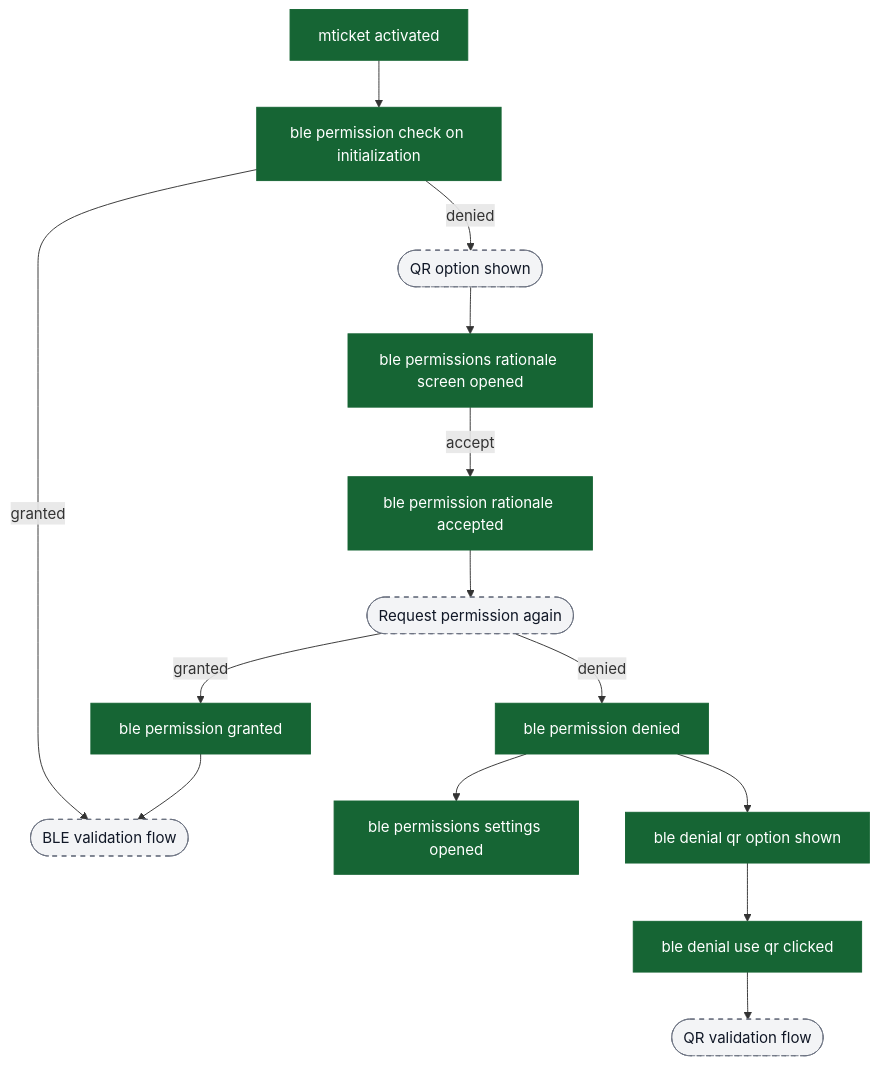
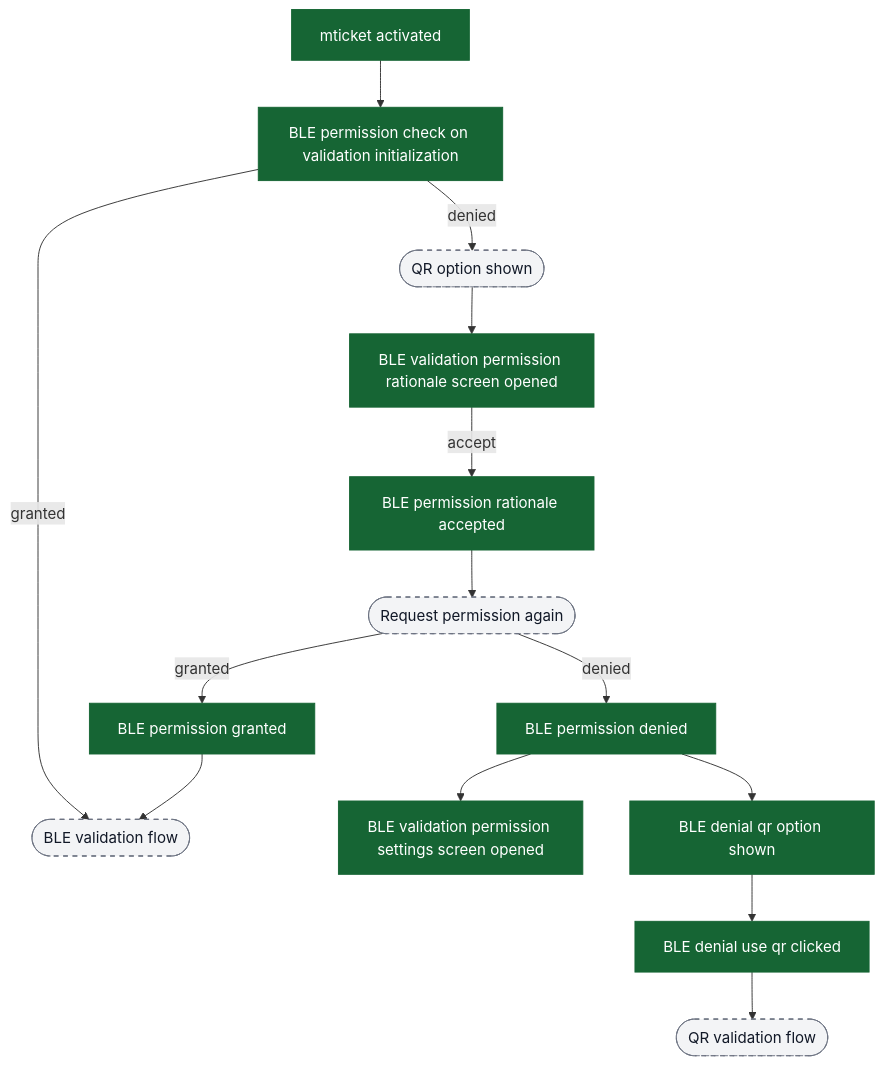
Before and after one commit to ratulsarna/chalo-app-dashboard: the eighth of 16 diagrams in content/analytics/mticket/flow-diagrams.md, drawn with Mermaid. The commit also changed other lines of this file and 2 other files, not shown here.

Commit message:
fix(analytics): update lastAudited dates and standardize event names in mTicket flow

````diff
--- a/content/analytics/mticket/flow-diagrams.md
+++ b/content/analytics/mticket/flow-diagrams.md
@@ -195,27 +195,27 @@
 ```mermaid
 flowchart TD
-  ev_activated["mticket activated"] --> ev_blePermCheck["ble permission check on initialization"]
+  ev_activated["mticket activated"] --> ev_blePermCheck["BLE permission check on validation initialization"]
 
   ev_blePermCheck -->|granted| ui_bleFlow([BLE validation flow])
   ev_blePermCheck -->|denied| ui_qrOption([QR option shown])
 
-  ui_qrOption --> ev_bleRationaleOpen["ble permissions rationale screen opened"]
-  ev_bleRationaleOpen -->|accept| ev_bleRationaleAccepted["ble permission rationale accepted"]
+  ui_qrOption --> ev_bleRationaleOpen["BLE validation permission rationale screen opened"]
+  ev_bleRationaleOpen -->|accept| ev_bleRationaleAccepted["BLE permission rationale accepted"]
   ev_bleRationaleAccepted --> ui_requestPerm([Request permission again])
-  ui_requestPerm -->|granted| ev_bleGranted["ble permission granted"]
-  ui_requestPerm -->|denied| ev_bleDenied["ble permission denied"]
+  ui_requestPerm -->|granted| ev_bleGranted["BLE permission granted"]
+  ui_requestPerm -->|denied| ev_bleDenied["BLE permission denied"]
 
-  ev_bleDenied --> ev_bleSettingsOpen["ble permissions settings opened"]
+  ev_bleDenied --> ev_bleSettingsOpen["BLE validation permission settings screen opened"]
 
   ev_bleGranted --> ui_bleFlow
-  ev_bleDenied --> ev_bleDenialQrShown["ble denial qr option shown"]
-  ev_bleDenialQrShown --> ev_bleDenialUseQrClicked["ble denial use qr clicked"]
+  ev_bleDenied --> ev_bleDenialQrShown["BLE denial qr option shown"]
+  ev_bleDenialQrShown --> ev_bleDenialUseQrClicked["BLE denial use qr clicked"]
   ev_bleDenialUseQrClicked --> ui_qrFlow([QR validation flow])
 
   classDef event fill:#166534,stroke:#166534,color:#ffffff;
   classDef ui fill:#f3f4f6,stroke:#6b7280,stroke-dasharray: 5 5,color:#111827;
   classDef external fill:#ffffff,stroke:#6b7280,stroke-dasharray: 3 3,color:#111827;
 
   class ev_activated,ev_blePermCheck,ev_bleRationaleOpen,ev_bleRationaleAccepted,ev_bleGranted,ev_bleDenied,ev_bleSettingsOpen,ev_bleDenialQrShown,ev_bleDenialUseQrClicked event;
   class ui_bleFlow,ui_qrOption,ui_requestPerm,ui_qrFlow ui;
 ```
````
